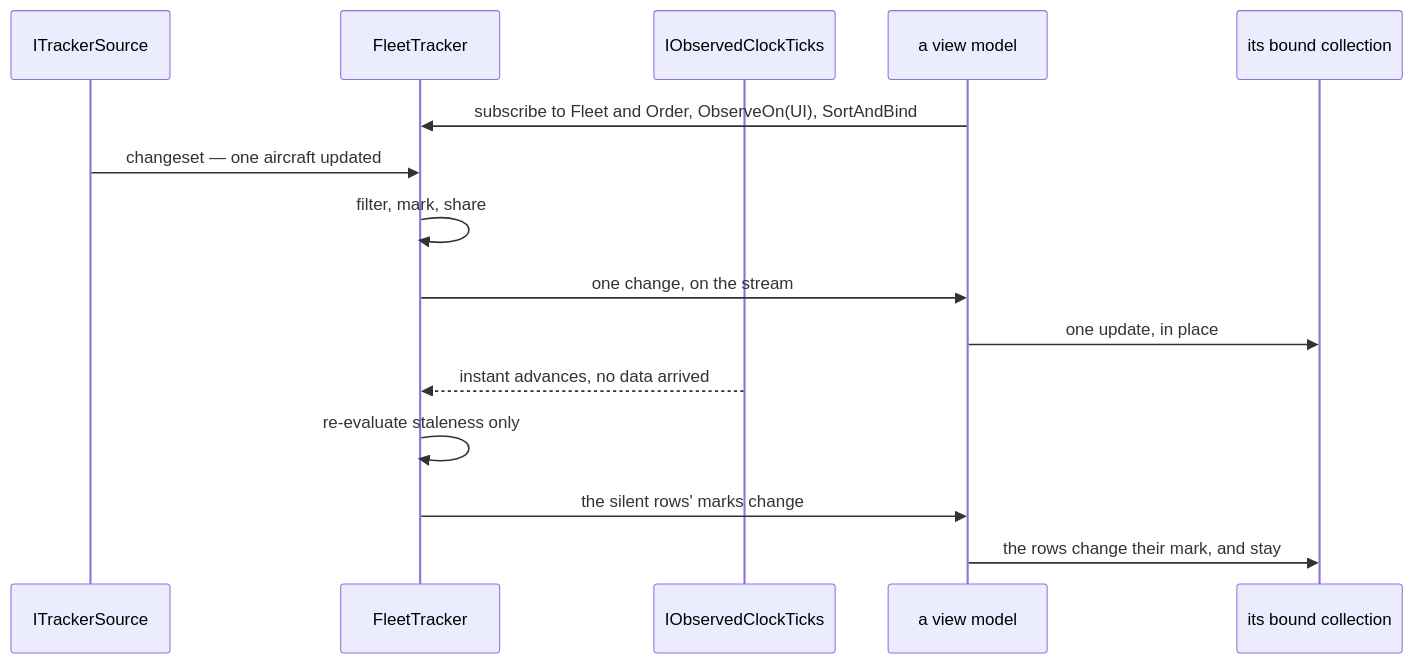
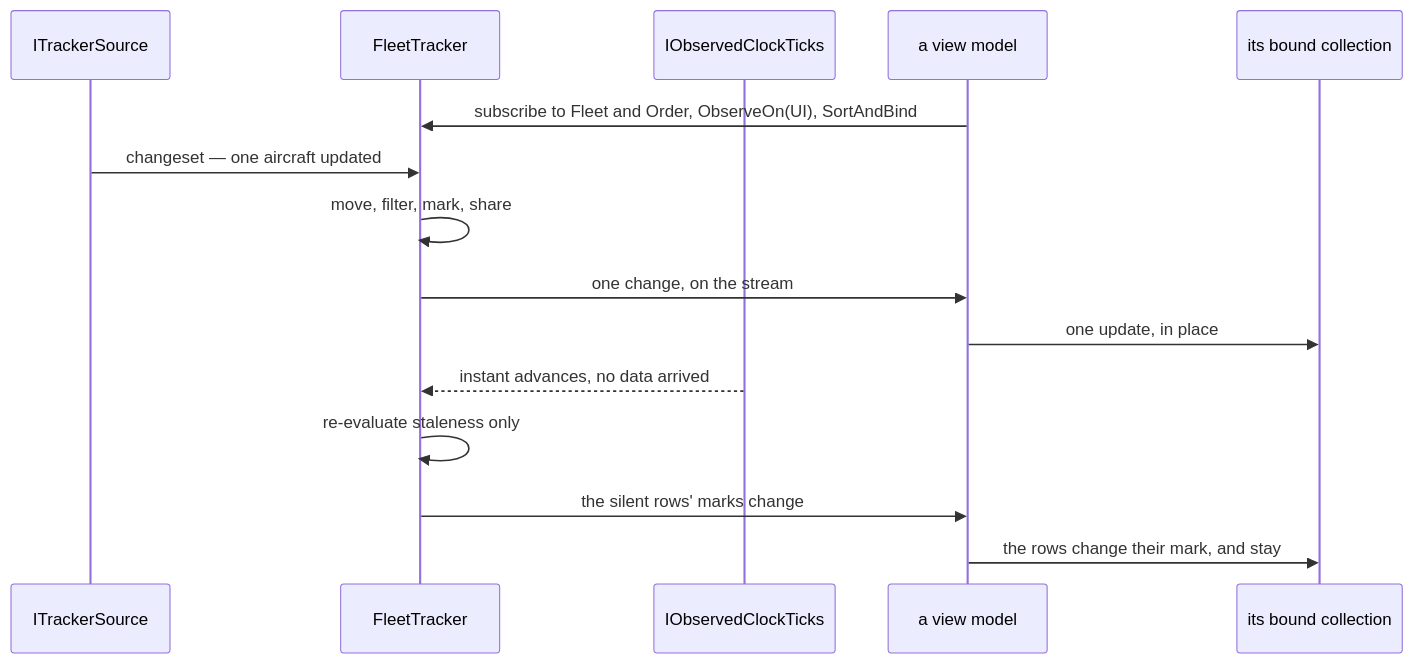
Before and after one commit to RLittlesII/Transporter: the second of 2 diagrams in src/Transponder/Tracking/.spec/README.md, drawn with Mermaid. The commit also changed other lines of this file and 24 other files, not shown here.

````diff
--- a/src/Transponder/Tracking/.spec/README.md
+++ b/src/Transponder/Tracking/.spec/README.md
@@ -392,17 +440,17 @@
 ```mermaid
 sequenceDiagram
     participant Source as ITrackerSource
     participant Tracker as FleetTracker
     participant Ticks as IObservedClockTicks
     participant Consumer as a view model
     participant View as its bound collection
     Consumer->>Tracker: subscribe to Fleet and Order, ObserveOn(UI), SortAndBind
     Source->>Tracker: changeset — one aircraft updated
-    Tracker->>Tracker: filter, mark, share
+    Tracker->>Tracker: move, filter, mark, share
     Tracker->>Consumer: one change, on the stream
     Consumer->>View: one update, in place
     Ticks-->>Tracker: instant advances, no data arrived
     Tracker->>Tracker: re-evaluate staleness only
     Tracker->>Consumer: the silent rows' marks change
     Consumer->>View: the rows change their mark, and stay
 ```
````
